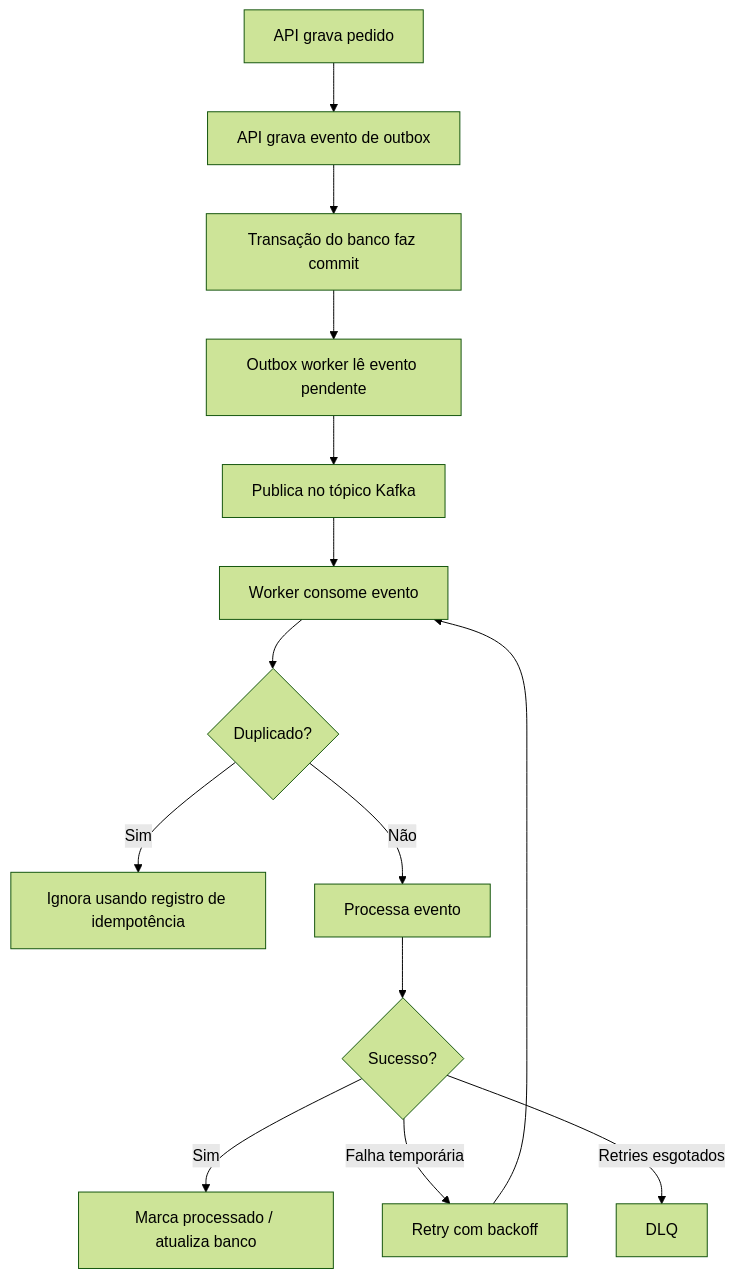
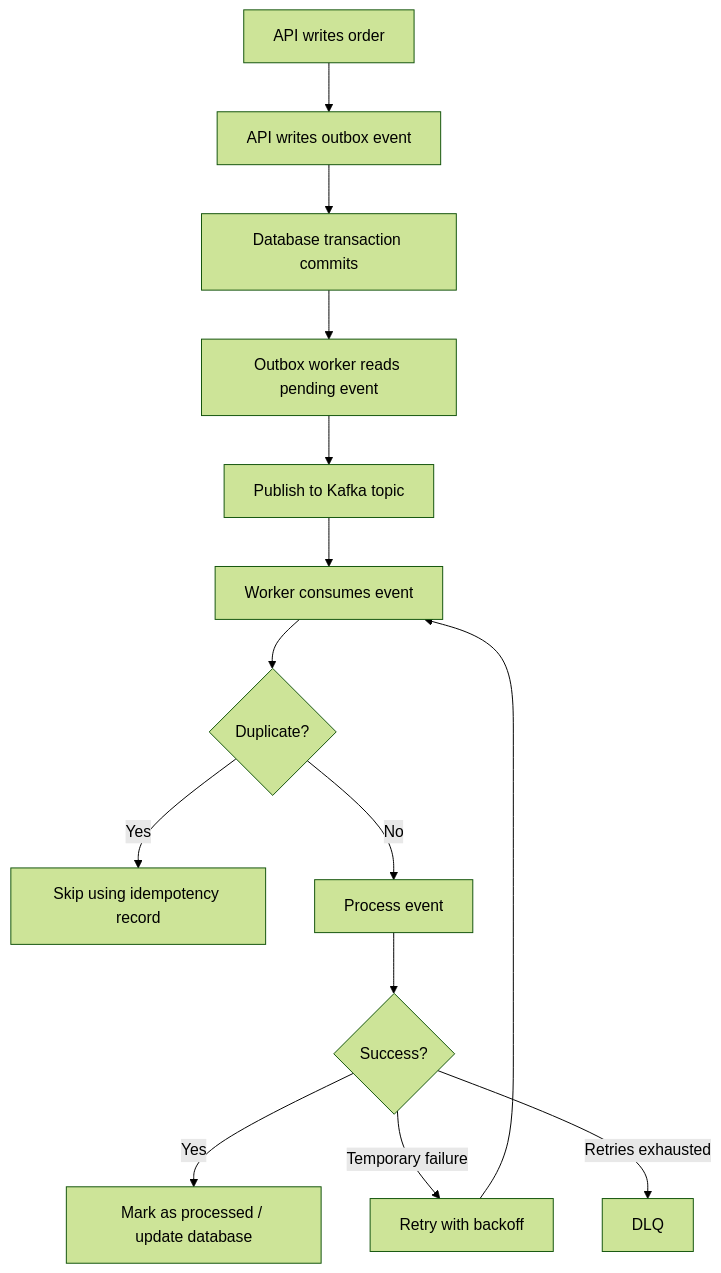
The third of 3 diagrams in event-driven-order-processing-system-main/fullstack-system-design-playbook/docs/architecture.md (Thiago771414/event-driven-order-processing-system), drawn with Mermaid (forest theme) before and after one commit. The commit also changed other lines of this file and 19 other files, not shown here.

````diff
--- a/event-driven-order-processing-system-main/fullstack-system-design-playbook/docs/architecture.md
+++ b/event-driven-order-processing-system-main/fullstack-system-design-playbook/docs/architecture.md
@@ -88,16 +87,16 @@
 ```mermaid
 flowchart TD
-  A[API grava pedido] --> B[API grava evento de outbox]
-  B --> C[Transação do banco faz commit]
-  C --> D[Outbox worker lê evento pendente]
-  D --> E[Publica no tópico Kafka]
-  E --> F[Worker consome evento]
-  F --> G{Duplicado?}
-  G -->|Sim| H[Ignora usando registro de idempotência]
-  G -->|Não| I[Processa evento]
-  I --> J{Sucesso?}
-  J -->|Sim| K[Marca processado / atualiza banco]
-  J -->|Falha temporária| L[Retry com backoff]
+  A[API writes order] --> B[API writes outbox event]
+  B --> C[Database transaction commits]
+  C --> D[Outbox worker reads pending event]
+  D --> E[Publish to Kafka topic]
+  E --> F[Worker consumes event]
+  F --> G{Duplicate?}
+  G -->|Yes| H[Skip using idempotency record]
+  G -->|No| I[Process event]
+  I --> J{Success?}
+  J -->|Yes| K[Mark as processed / update database]
+  J -->|Temporary failure| L[Retry with backoff]
   L --> F
-  J -->|Retries esgotados| M[DLQ]
+  J -->|Retries exhausted| M[DLQ]
 ```
````
